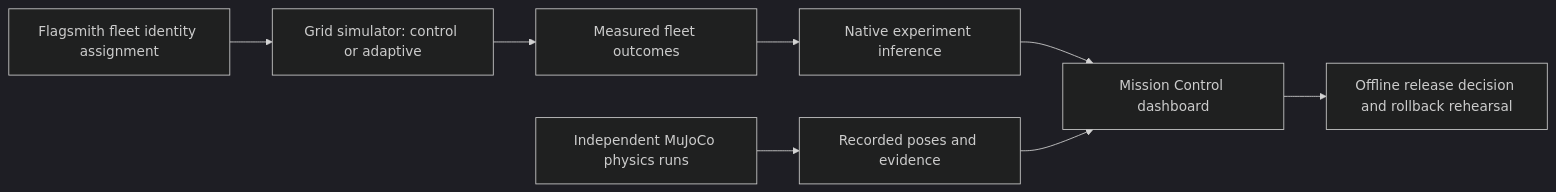
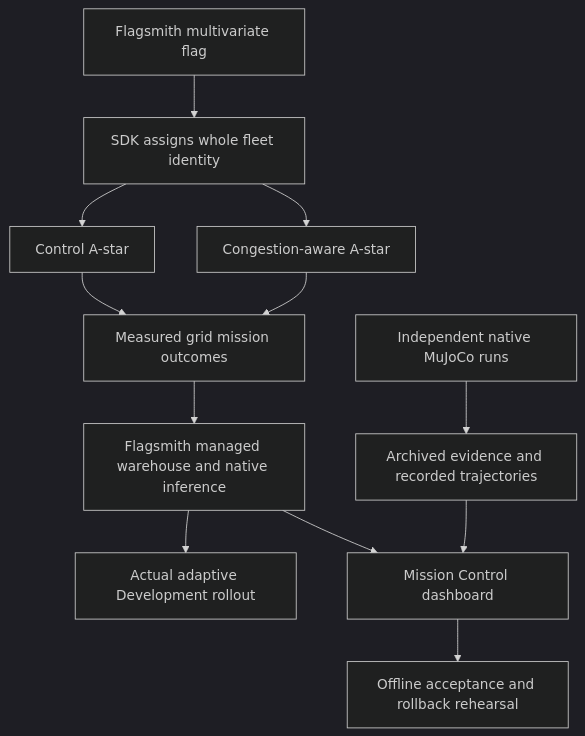
One commit to lalitkumar790/RoboFlag changed the diagram in README.md. Above: the diagram before and after it, drawn with Mermaid (dark theme). The commit also changed other lines of this file, not shown here.

Commit message:
Rewrite reviewer-facing README around finalized Flagsmith rollout and physical evidence

````diff
--- a/README.md
+++ b/README.md
@@ -16,10 +47,14 @@
 ```mermaid
-flowchart LR
-  A[Flagsmith fleet identity assignment] --> B[Grid simulator: control or adaptive]
-  B --> C[Measured fleet outcomes]
-  C --> D[Native experiment inference]
-  E[Independent MuJoCo physics runs] --> F[Recorded poses and evidence]
-  D --> G[Mission Control dashboard]
-  F --> G
-  G --> H[Offline release decision and rollback rehearsal]
+flowchart TD
+  A[Flagsmith multivariate flag] --> B[SDK assigns whole fleet identity]
+  B --> C[Control A-star]
+  B --> D[Congestion-aware A-star]
+  C --> E[Measured grid mission outcomes]
+  D --> E
+  E --> F[Flagsmith managed warehouse and native inference]
+  F --> G[Actual adaptive Development rollout]
+  F --> H[Mission Control dashboard]
+  I[Independent native MuJoCo runs] --> J[Archived evidence and recorded trajectories]
+  J --> H
+  H --> K[Offline acceptance and rollback rehearsal]
 ```
````
